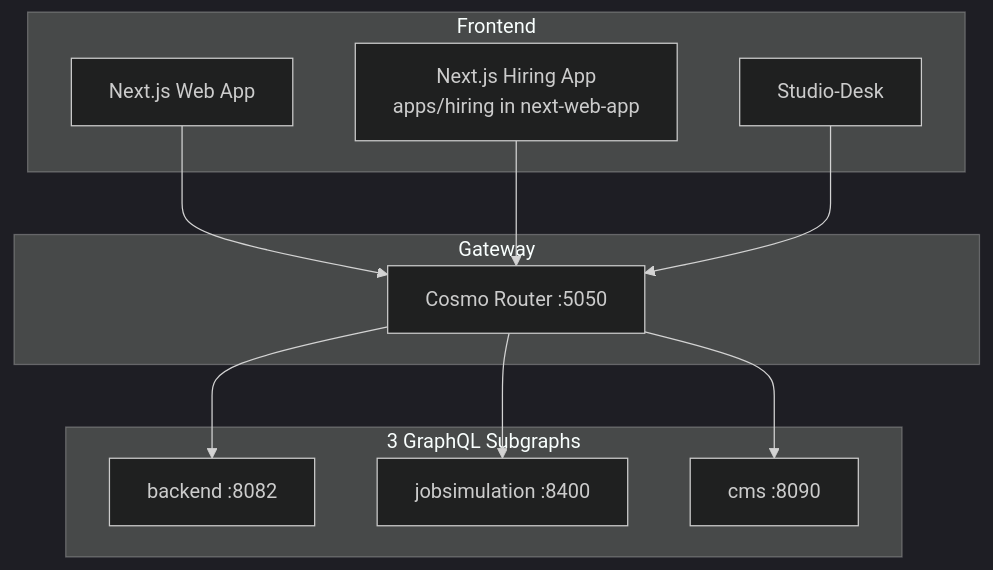
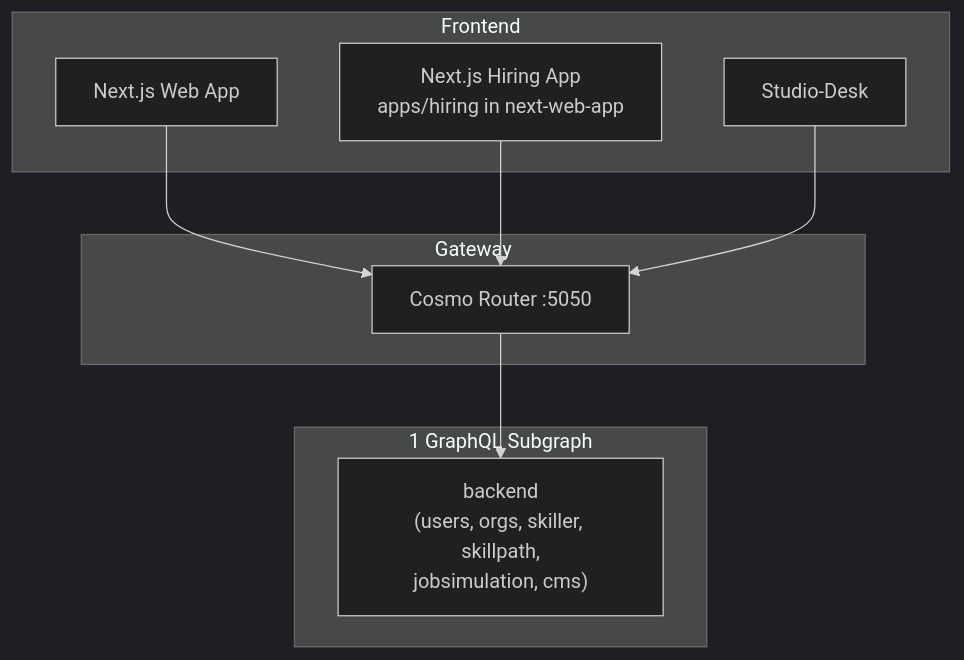
The third of 3 diagrams in corpus/architecture/external_services.md (anthropos-work/rosetta), drawn with Mermaid (dark theme) before and after one commit. The commit also changed other lines of this file and 18 other files, not shown here.

First line of the commit message:
docs: jobsimulation + cms merged into app — the backend is a monolith

````diff
--- a/corpus/architecture/external_services.md
+++ b/corpus/architecture/external_services.md
@@ -320,25 +321,21 @@
 ```mermaid
 graph TB
     subgraph Frontend
         Web[Next.js Web App]
         Hiring[Next.js Hiring App<br/>apps/hiring in next-web-app]
         Desk[Studio-Desk]
     end
 
     subgraph Gateway
         WG[Cosmo Router :5050]
     end
 
-    subgraph Subgraphs[3 GraphQL Subgraphs]
-        Backend[backend :8082]
-        Jobsim[jobsimulation :8400]
-        CMS[cms :8090]
+    subgraph Subgraphs[1 GraphQL Subgraph]
+        Backend["backend<br/>(users, orgs, skiller, skillpath,<br/>jobsimulation, cms)"]
     end
 
     Web --> WG
     Hiring --> WG
     Desk --> WG
     WG --> Backend
-    WG --> Jobsim
-    WG --> CMS
 ```
````
